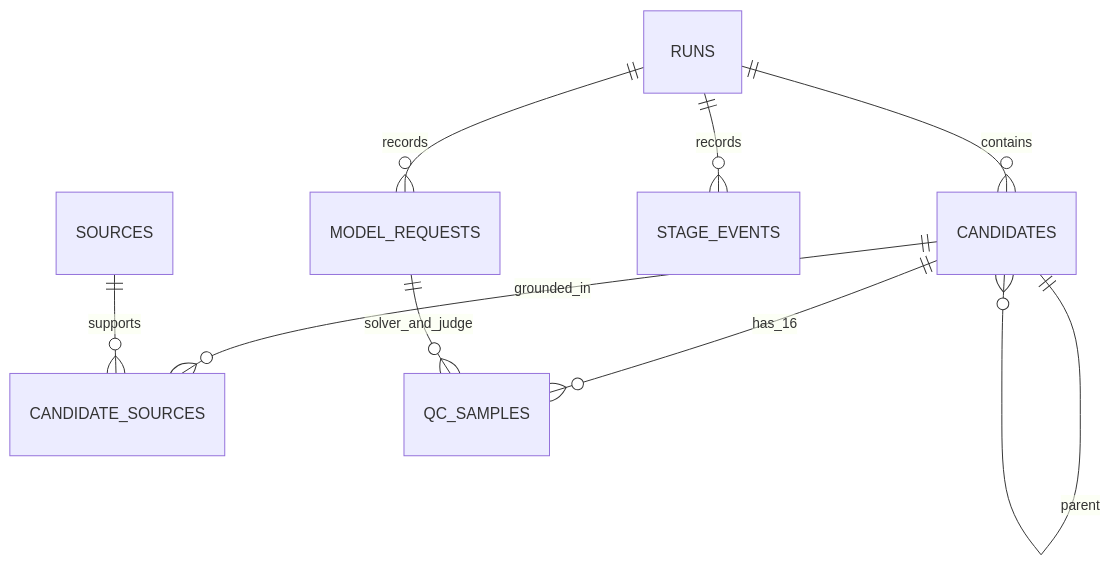
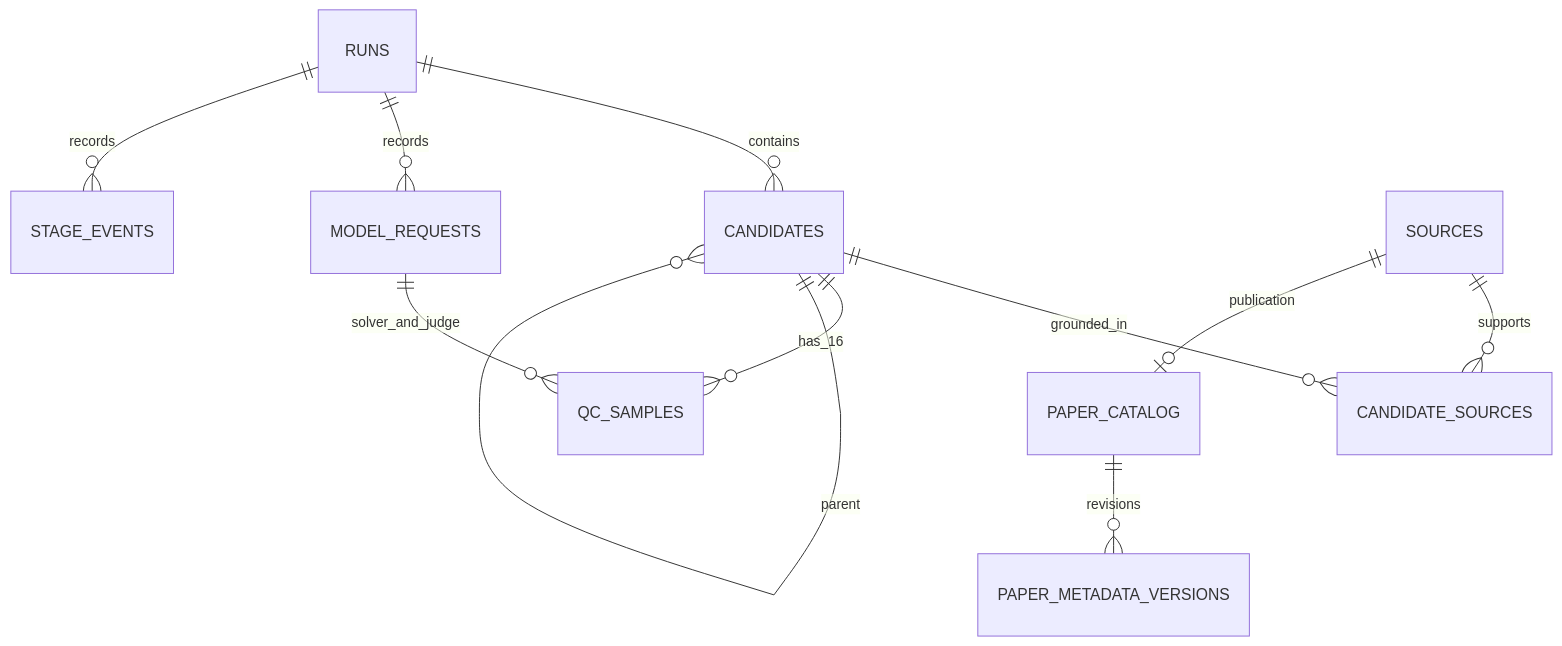
One commit to SoTALab-ai/rst-hle changed the diagram in docs/database.md. Above: the diagram before and after it, drawn with Mermaid. The commit also changed other lines of this file and 8 other files, not shown here.

````diff
--- a/docs/database.md
+++ b/docs/database.md
@@ -18,11 +18,13 @@
 ```mermaid
 erDiagram
     RUNS ||--o{ CANDIDATES : contains
     RUNS ||--o{ MODEL_REQUESTS : records
     RUNS ||--o{ STAGE_EVENTS : records
     CANDIDATES ||--o{ CANDIDATE_SOURCES : grounded_in
     SOURCES ||--o{ CANDIDATE_SOURCES : supports
+    SOURCES ||--o| PAPER_CATALOG : publication
+    PAPER_CATALOG ||--o{ PAPER_METADATA_VERSIONS : revisions
     CANDIDATES ||--o{ QC_SAMPLES : has_16
     MODEL_REQUESTS ||--o{ QC_SAMPLES : solver_and_judge
     CANDIDATES ||--o{ CANDIDATES : parent
 ```
````
